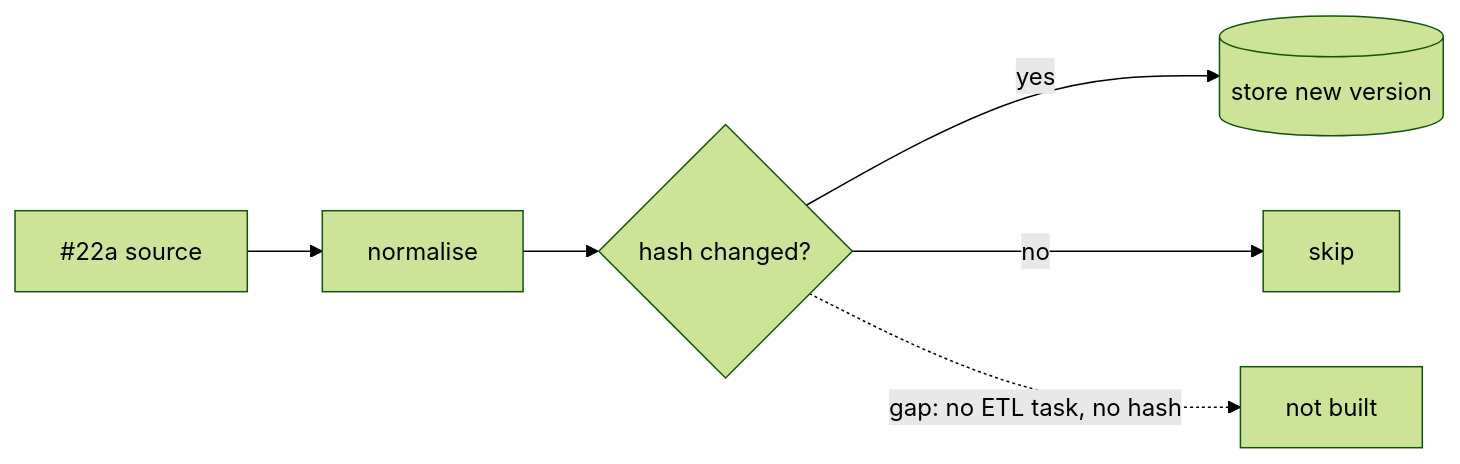
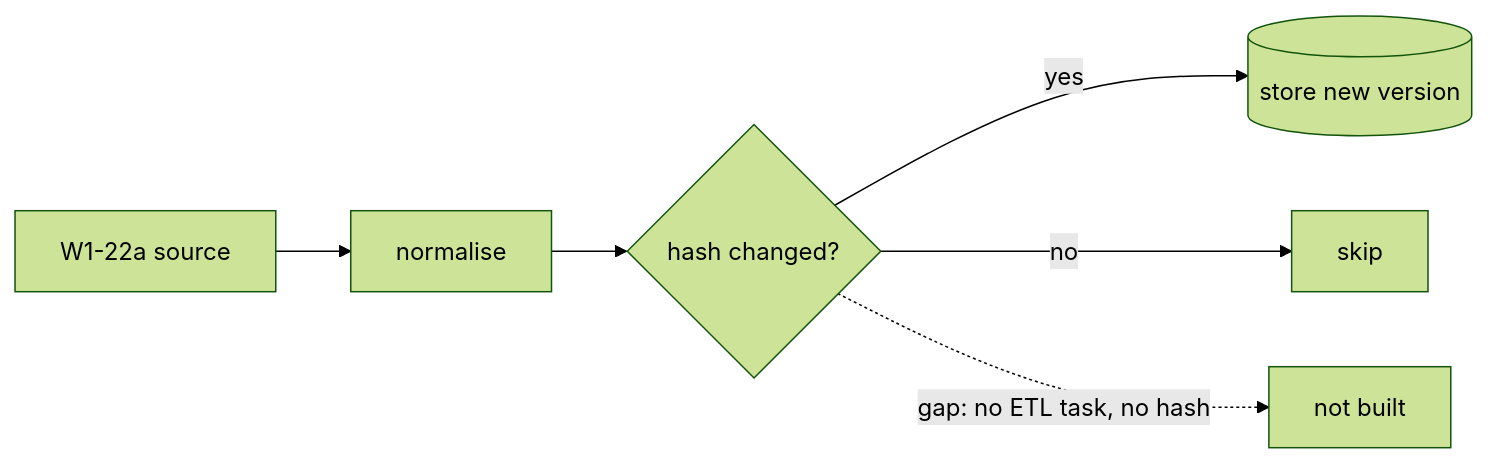
One commit to Stihotvor/law_by_ai changed the seventh of 13 diagrams in docs/design/wave1-mvp/tickets/ingest-models.md. Above: the diagram before and after it, drawn with Mermaid (forest theme). The commit also changed other lines of this file and 15 other files, not shown here.

````diff
--- a/docs/design/wave1-mvp/tickets/ingest-models.md
+++ b/docs/design/wave1-mvp/tickets/ingest-models.md
@@ -189,7 +189,7 @@
 ```mermaid
 flowchart LR
-  S[#22a source] --> N[normalise] --> H{hash changed?}
+  S[W1-22a source] --> N[normalise] --> H{hash changed?}
   H -->|yes| V[(store new version)]
   H -->|no| K[skip]
   H -. gap: no ETL task, no hash .-> X[not built]
 ```
````
